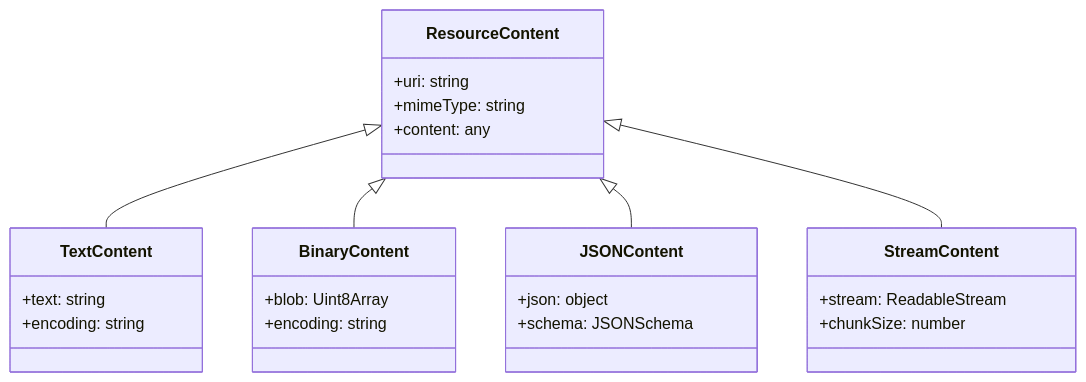
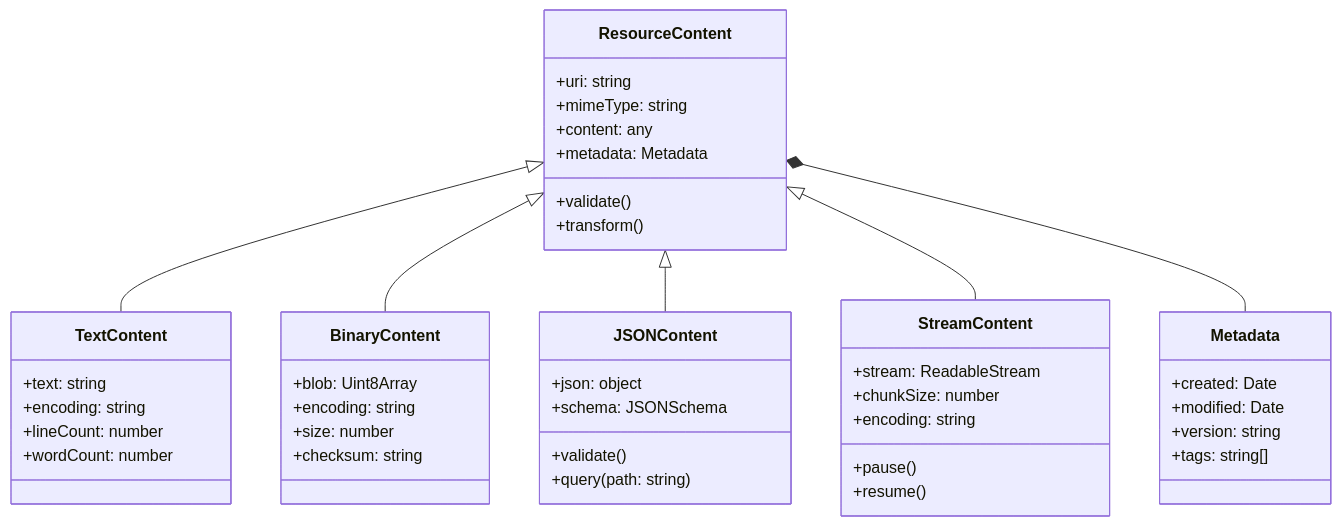
Before and after one commit to sparesparrow/cursor-rules: the third of 4 diagrams in .cursor/rules/diagrams/mcp-resource-tool-flow.mdc, drawn with Mermaid. The commit also changed other lines of this file and 5 other files, not shown here.

````diff
--- a/.cursor/rules/diagrams/mcp-resource-tool-flow.mdc
+++ b/.cursor/rules/diagrams/mcp-resource-tool-flow.mdc
@@ -65,33 +117,53 @@
 ```mermaid
 classDiagram
     class ResourceContent {
         +uri: string
         +mimeType: string
         +content: any
+        +metadata: Metadata
+        +validate()
+        +transform()
     }
 
     class TextContent {
         +text: string
         +encoding: string
+        +lineCount: number
+        +wordCount: number
     }
 
     class BinaryContent {
         +blob: Uint8Array
         +encoding: string
+        +size: number
+        +checksum: string
     }
 
     class JSONContent {
         +json: object
         +schema: JSONSchema
+        +validate()
+        +query(path: string)
     }
 
     class StreamContent {
         +stream: ReadableStream
         +chunkSize: number
+        +encoding: string
+        +pause()
+        +resume()
+    }
+
+    class Metadata {
+        +created: Date
+        +modified: Date
+        +version: string
+        +tags: string[]
     }
 
     ResourceContent <|-- TextContent
     ResourceContent <|-- BinaryContent
     ResourceContent <|-- JSONContent
     ResourceContent <|-- StreamContent
+    ResourceContent *-- Metadata
 ```
````
